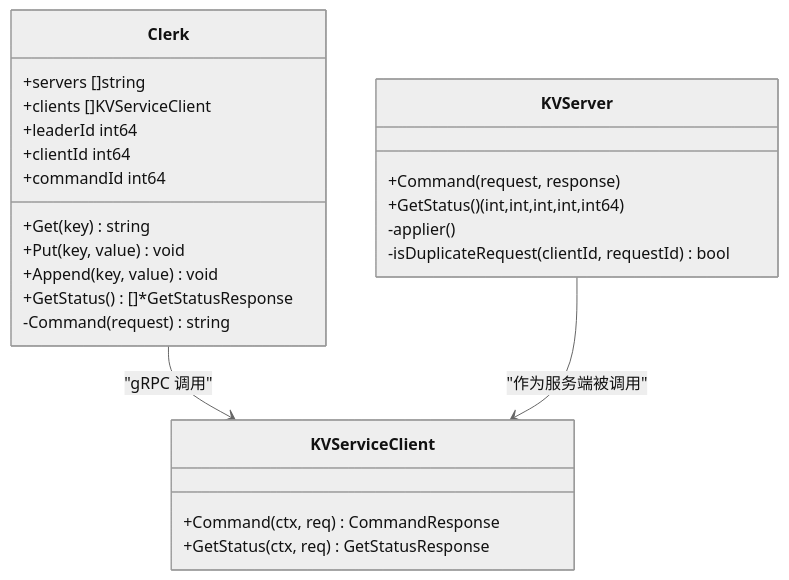
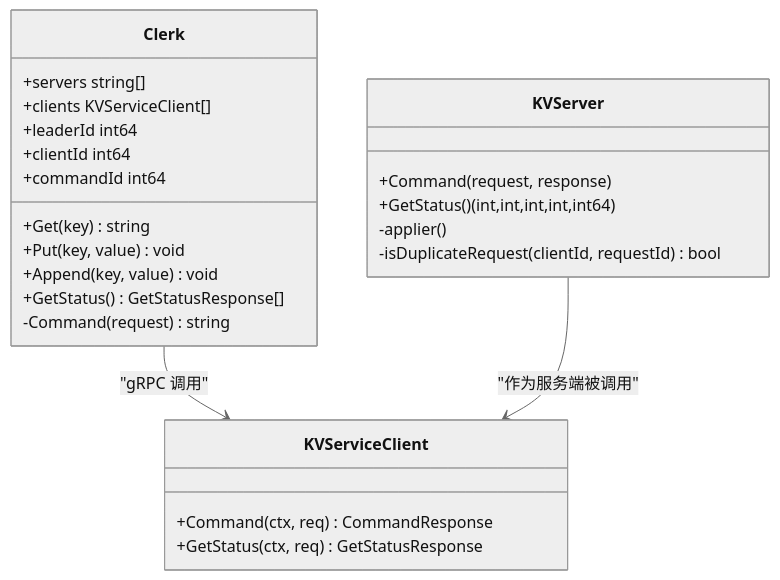
Before and after one commit to eraft-io/eraft: the third of 3 diagrams in wiki/客户端实现/KV 客户端.md, drawn with Mermaid (neutral theme). The commit also changed 35 other files, not shown here.

````diff
--- a/wiki/客户端实现/KV 客户端.md
+++ b/wiki/客户端实现/KV 客户端.md
@@ -209,27 +209,27 @@
 ```mermaid
 classDiagram
 class Clerk {
-+servers []string
-+clients []KVServiceClient
++servers string[]
++clients KVServiceClient[]
 +leaderId int64
 +clientId int64
 +commandId int64
 +Get(key) string
 +Put(key, value) void
 +Append(key, value) void
-+GetStatus() []*GetStatusResponse
++GetStatus() GetStatusResponse[]
 -Command(request) string
 }
 class KVServer {
 +Command(request, response)
 +GetStatus() (int,int,int,int,int64)
 -applier()
 -isDuplicateRequest(clientId, requestId) bool
 }
 class KVServiceClient {
 +Command(ctx, req) CommandResponse
 +GetStatus(ctx, req) GetStatusResponse
 }
 Clerk --> KVServiceClient : "gRPC 调用"
 KVServer --> KVServiceClient : "作为服务端被调用"
 ```
````
